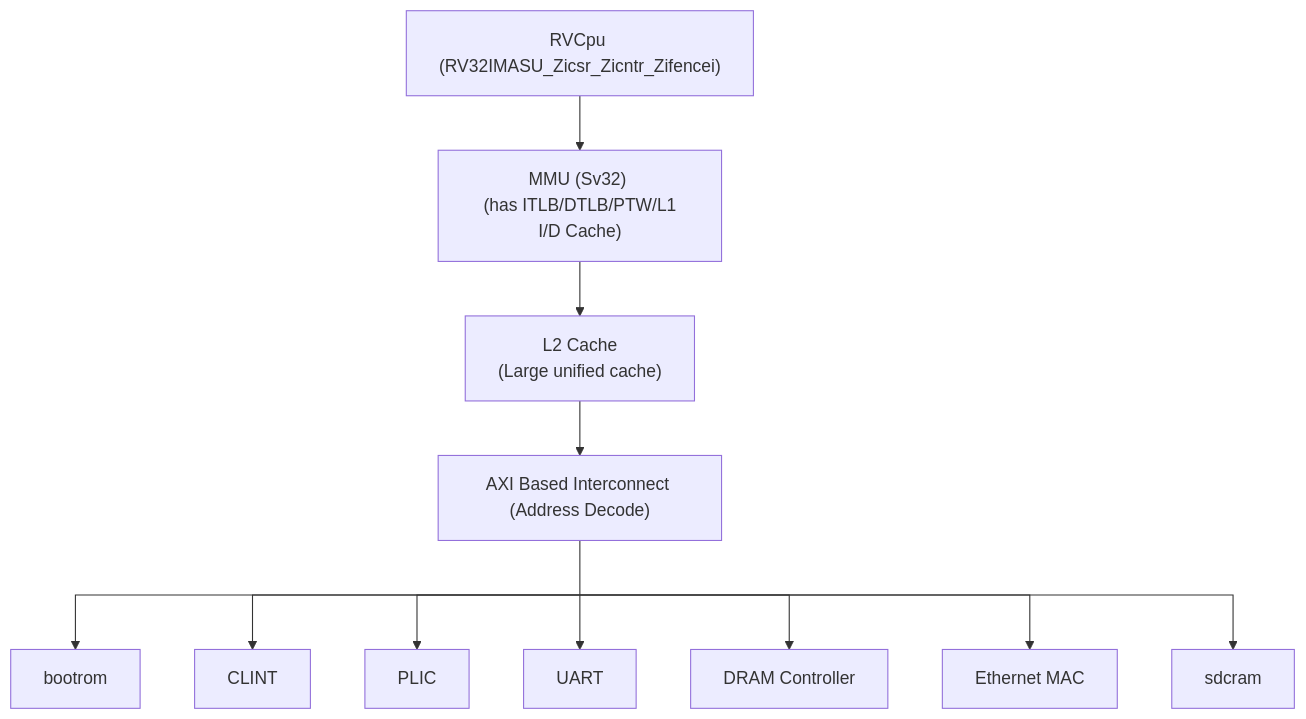
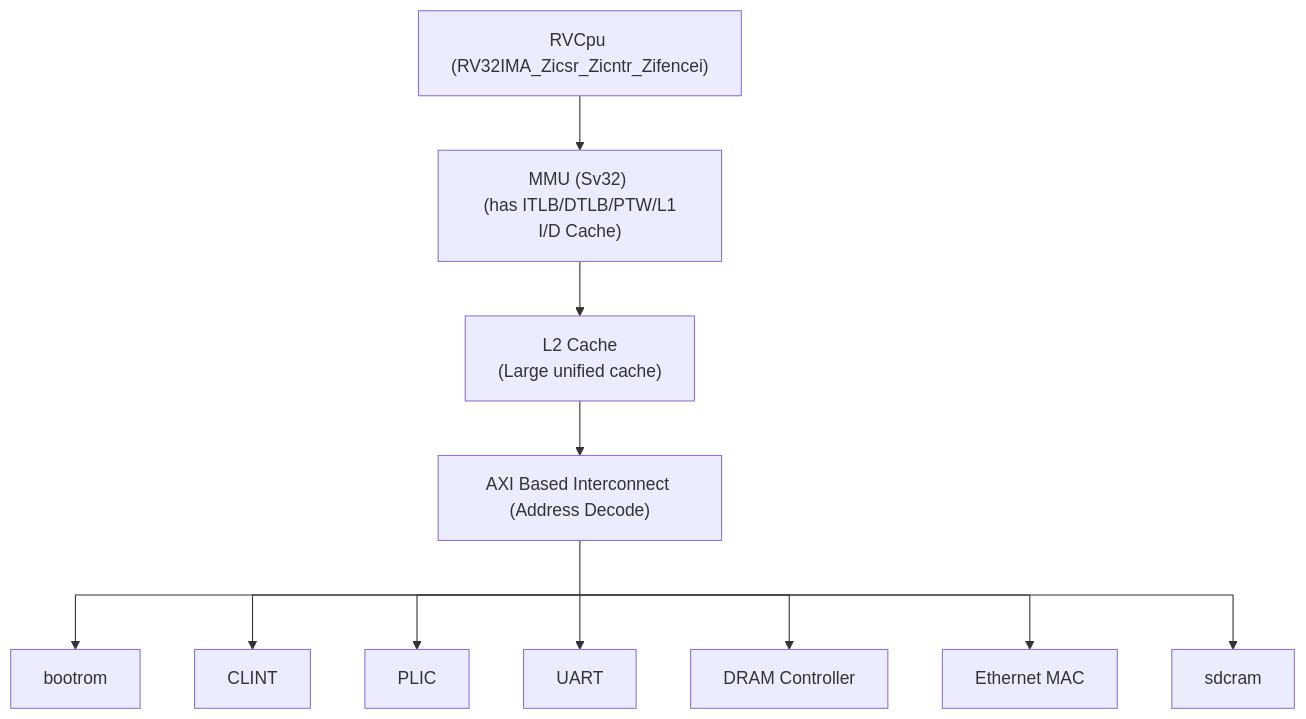
Before and after one commit to archlab-sciencetokyo/RVComp-doc: the diagram in src/arch/index.md, drawn with Mermaid. The commit also changed 1 other file, not shown here.

Commit message:
Fix Instruction sets

````diff
--- a/src/arch/index.md
+++ b/src/arch/index.md
@@ -8,16 +8,16 @@
 ```{mermaid}
 %%{init: {'flowchart': {'curve': 'stepAfter'}}}%%
 flowchart TD
-    CPU["RVCpu (RV32IMASU_Zicsr_Zicntr_Zifencei)"] --> MMU["MMU (Sv32) <br> (has ITLB/DTLB/PTW/L1 I/D Cache)"]
+    CPU["RVCpu (RV32IMA_Zicsr_Zicntr_Zifencei)"] --> MMU["MMU (Sv32) <br> (has ITLB/DTLB/PTW/L1 I/D Cache)"]
     MMU --> L2["L2 Cache <br> (Large unified cache)"]
     L2 --> AXI["AXI Based Interconnect (Address Decode)"]
     AXI --- Bus[" "]
     style Bus width:0px,height:0px,fill:none,stroke:none
     Bus --> bootrom
     Bus --> CLINT
     Bus --> PLIC
     Bus --> UART
     Bus --> DRAM[DRAM Controller]
     Bus --> ETH["Ethernet MAC"]
     Bus --> SDCRAM["sdcram"]
 ```
````
